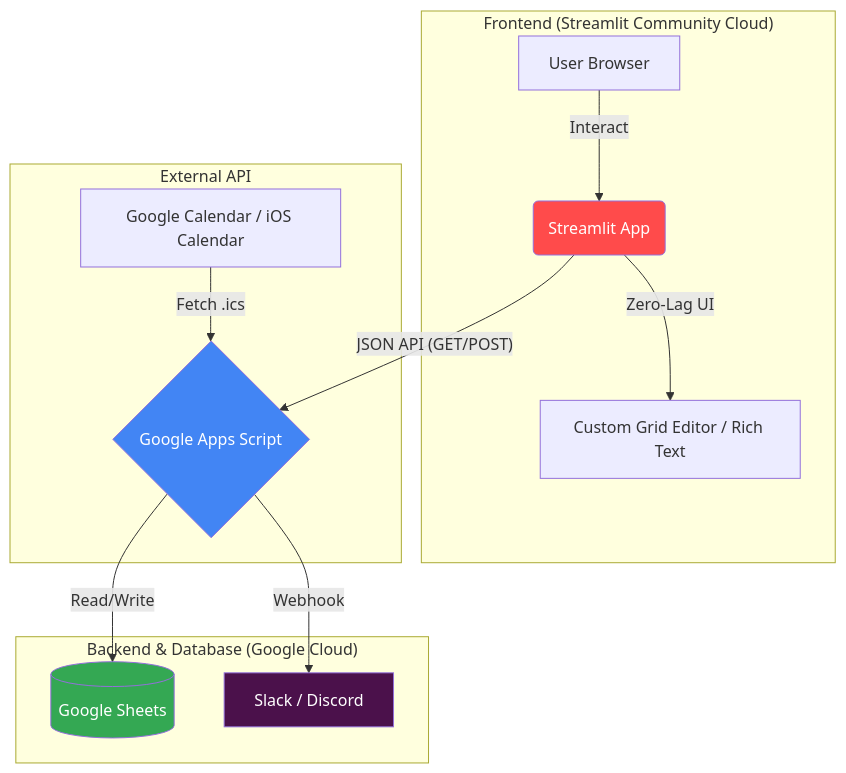
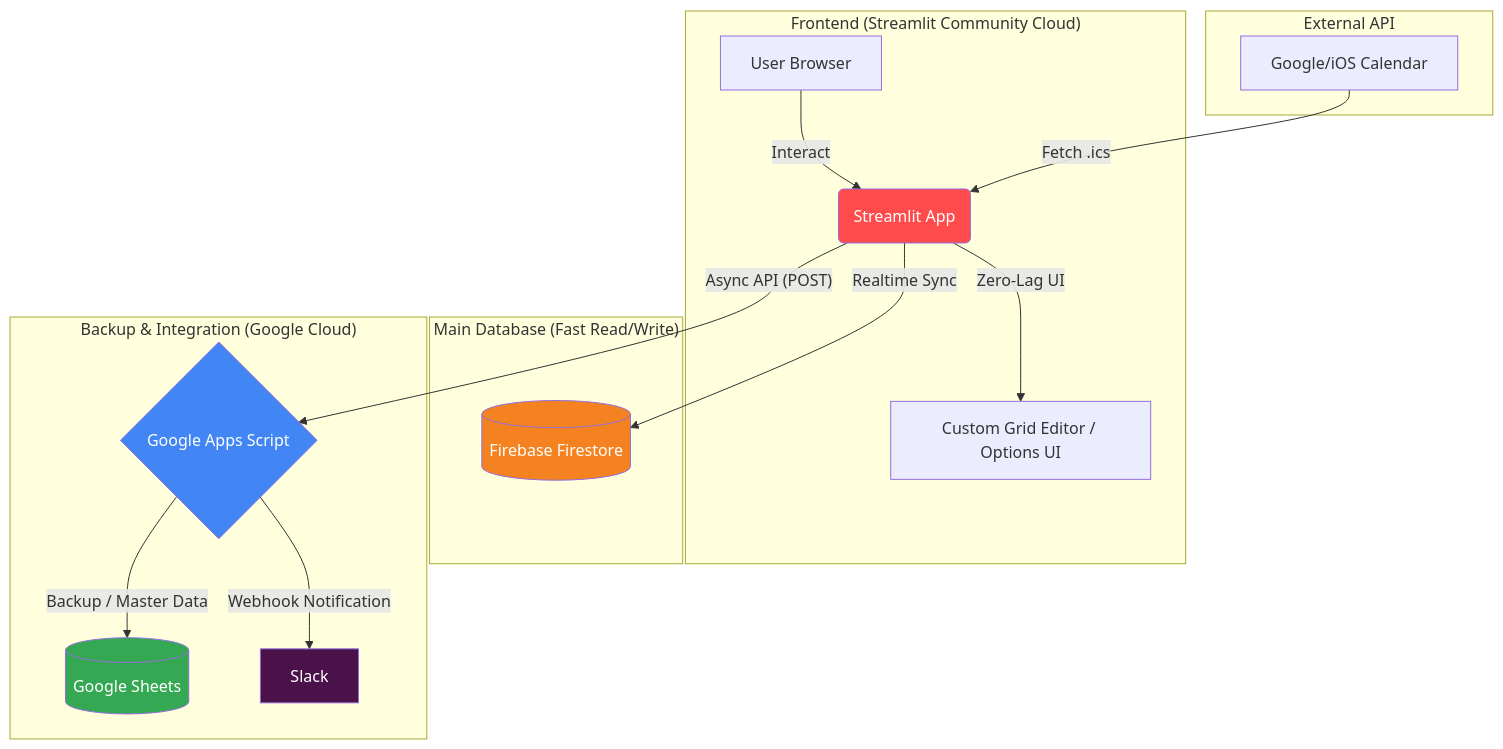
Before and after one commit to SSSRC/schedule-adjust: the diagram in README.md, drawn with Mermaid. The commit also changed other lines of this file, not shown here.

First line of the commit message:
Revise README for Firebase integration and features

````diff
--- a/README.md
+++ b/README.md
@@ -26,22 +27,27 @@
 ```mermaid
 graph TD
     subgraph "Frontend (Streamlit Community Cloud)"
         A[User Browser] -- "Interact" --> B(Streamlit App)
-        B -- "Zero-Lag UI" --> C[Custom Grid Editor / Rich Text]
+        B -- "Zero-Lag UI" --> C[Custom Grid Editor / Options UI]
+    end
+
+    subgraph "Main Database (Fast Read/Write)"
+        B -- "Realtime Sync" --> F[(Firebase Firestore)]
     end
 
     subgraph "External API"
-        G[Google Calendar / iOS Calendar] -- "Fetch .ics" --> D
+        G[Google/iOS Calendar] -- "Fetch .ics" --> B
     end
 
-    subgraph "Backend & Database (Google Cloud)"
-        B -- "JSON API (GET/POST)" --> D{Google Apps Script}
-        D -- "Read/Write" --> E[(Google Sheets)]
-        D -- "Webhook" --> F[Slack / Discord]
+    subgraph "Backup & Integration (Google Cloud)"
+        B -- "Async API (POST)" --> D{Google Apps Script}
+        D -- "Backup / Master Data" --> E[(Google Sheets)]
+        D -- "Webhook Notification" --> H[Slack]
     end
 
     style B fill:#ff4b4b,color:#fff
+    style F fill:#f58220,color:#fff
     style D fill:#4285f4,color:#fff
     style E fill:#34a853,color:#fff
-    style F fill:#4b114b,color:#fff
+    style H fill:#4b114b,color:#fff
 ```
````
